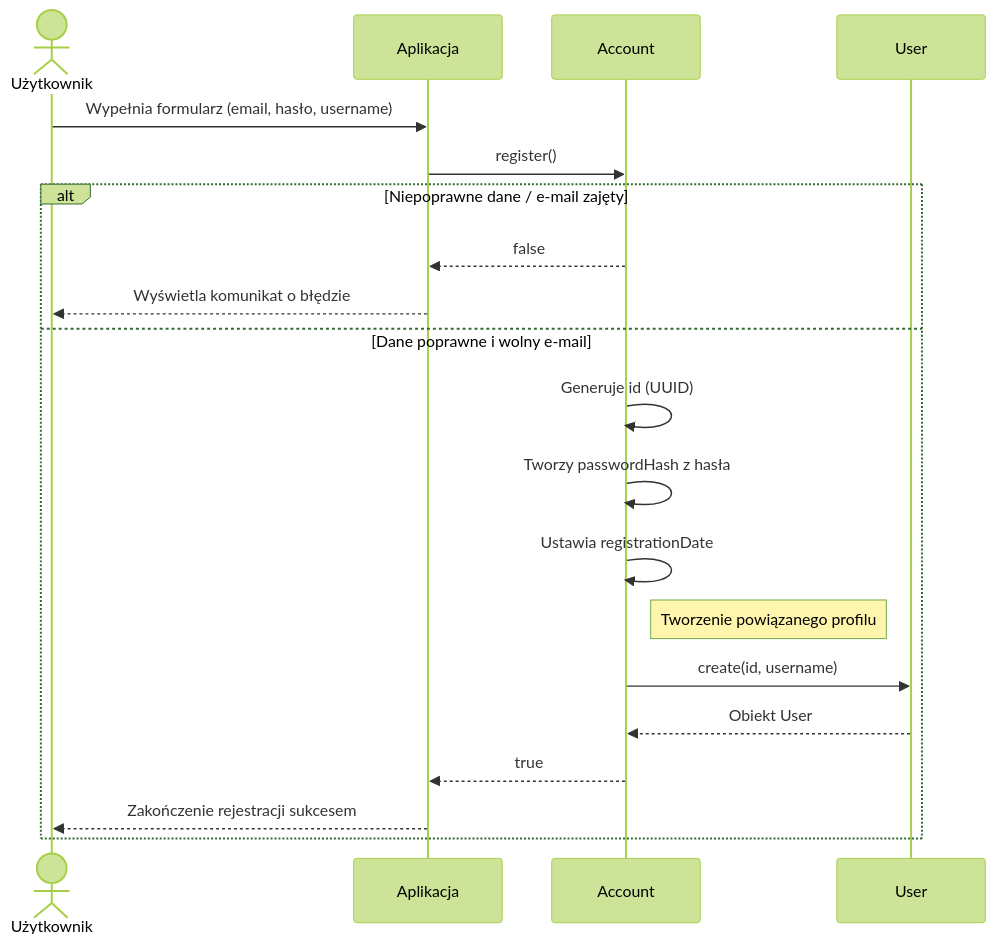
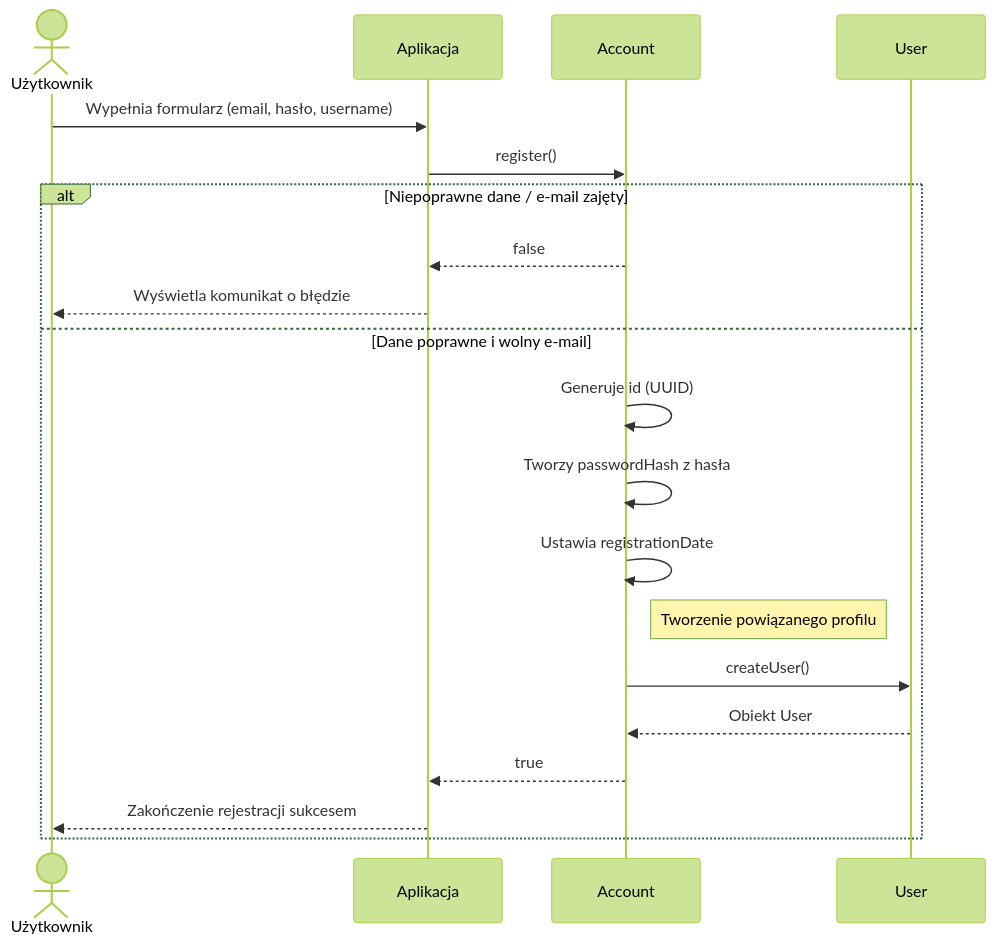
One commit to Tarnuchy/EggJob changed the diagram in docs/zadanie4/diagram-sekwencji-rejestracji.md. Above: the diagram before and after it, drawn with Mermaid (forest theme). The commit also changed 2 other files, not shown here.

````diff
--- a/docs/zadanie4/diagram-sekwencji-rejestracji.md
+++ b/docs/zadanie4/diagram-sekwencji-rejestracji.md
@@ -3,24 +3,24 @@
 ```mermaid
 sequenceDiagram
     actor U as Użytkownik
     participant UI as Aplikacja
     participant Acc as Account
     participant Usr as User
 
     U->>UI: Wypełnia formularz (email, hasło, username)
     UI->>Acc: register()
 
     alt Niepoprawne dane / e-mail zajęty
         Acc-->>UI: false
         UI-->>U: Wyświetla komunikat o błędzie
     else Dane poprawne i wolny e-mail
         Acc->>Acc: Generuje id (UUID)
         Acc->>Acc: Tworzy passwordHash z hasła
         Acc->>Acc: Ustawia registrationDate
         note right of Acc: Tworzenie powiązanego profilu
-        Acc->>Usr: create(id, username)
+        Acc->>Usr: createUser()
         Usr-->>Acc: Obiekt User
         Acc-->>UI: true
         UI-->>U: Zakończenie rejestracji sukcesem
     end
 ```
````
